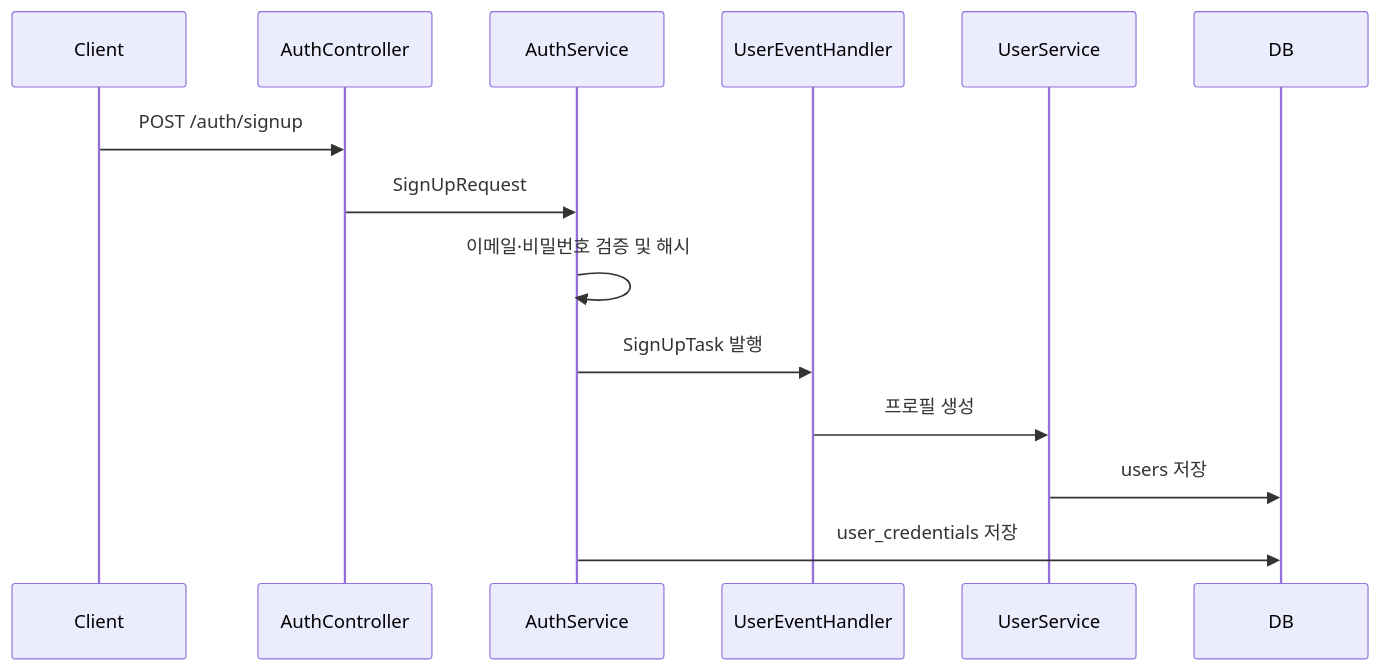
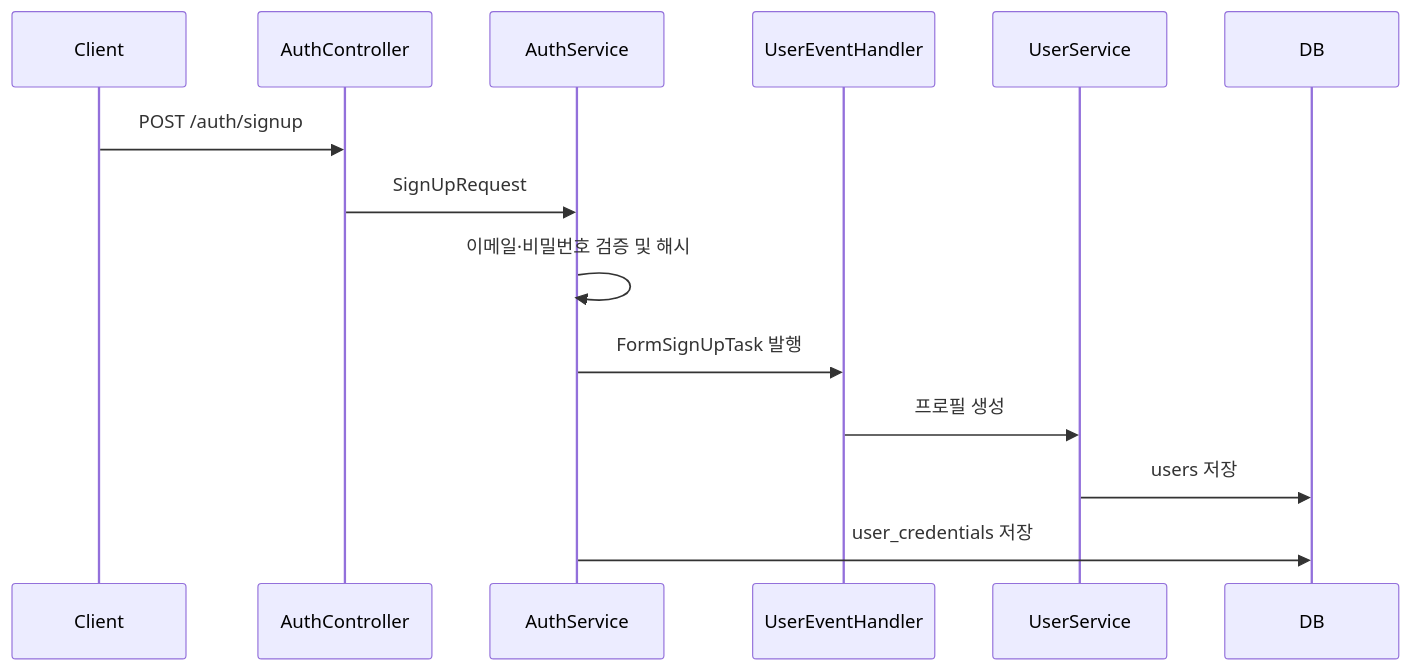
Before and after one commit to metDaisy/e-commerce-clone-coding: the second of 2 diagrams in docs/architecture.md, drawn with Mermaid. The commit also changed other lines of this file and 4 other files, not shown here.

````diff
--- a/docs/architecture.md
+++ b/docs/architecture.md
@@ -122,17 +123,17 @@
 ```mermaid
 sequenceDiagram
     participant Client
     participant AuthController
     participant AuthService
     participant UserEventHandler
     participant UserService
     participant DB
 
     Client->>AuthController: POST /auth/signup
     AuthController->>AuthService: SignUpRequest
     AuthService->>AuthService: 이메일·비밀번호 검증 및 해시
-    AuthService->>UserEventHandler: SignUpTask 발행
+    AuthService->>UserEventHandler: FormSignUpTask 발행
     UserEventHandler->>UserService: 프로필 생성
     UserService->>DB: users 저장
     AuthService->>DB: user_credentials 저장
 ```
````
